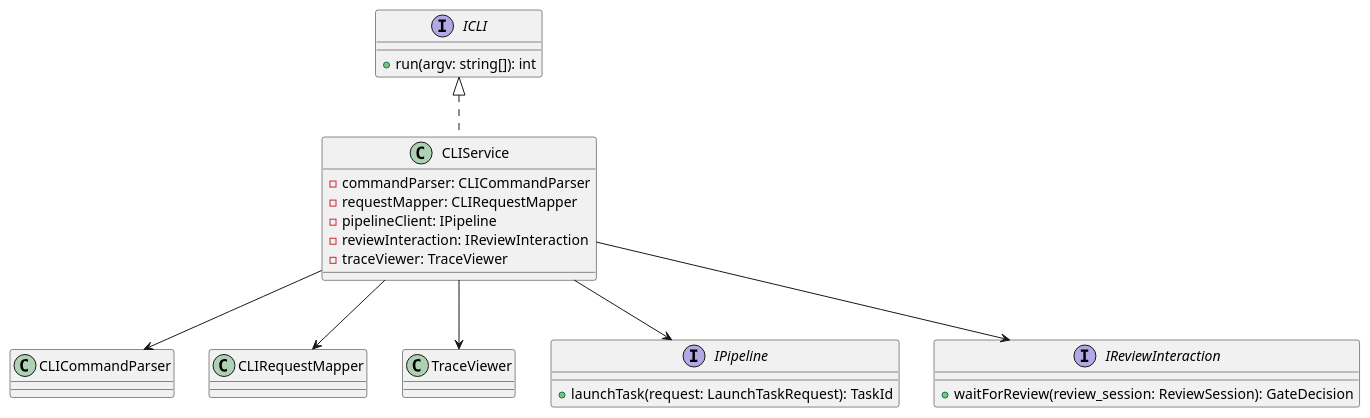
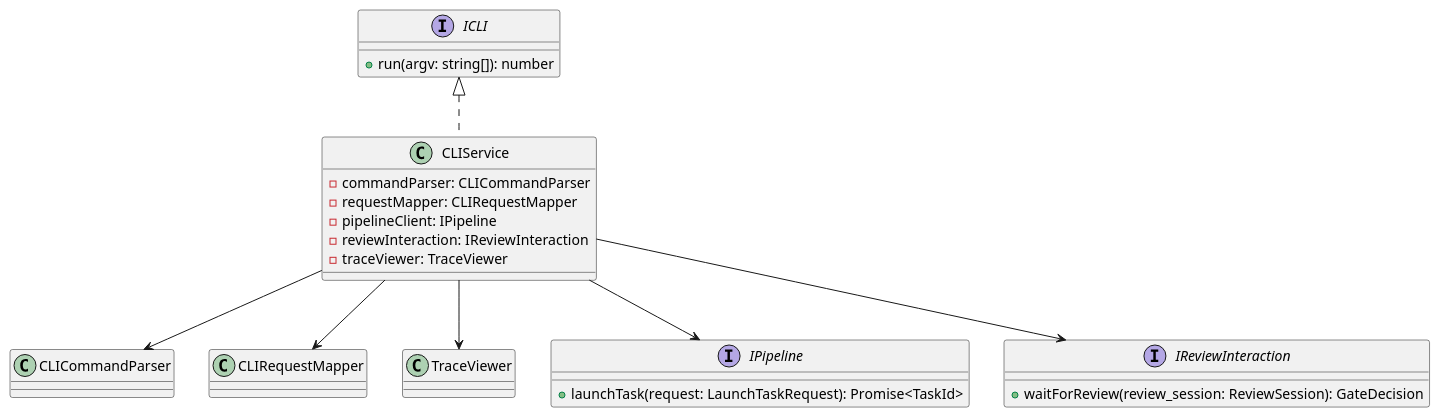
Before and after one commit to lucky-chen/ai_workflow_travel: the first of 2 diagrams in meta_layer/docs/design_docs/Interface/CLI.md, drawn with PlantUML. The commit also changed other lines of this file, not shown here.

````diff
--- a/meta_layer/docs/design_docs/Interface/CLI.md
+++ b/meta_layer/docs/design_docs/Interface/CLI.md
@@ -38,34 +38,34 @@
 ```plantuml
 @startuml
 interface ICLI {
-  +run(argv: string[]): int
+  +run(argv: string[]): number
 }
 
 class CLIService {
   -commandParser: CLICommandParser
   -requestMapper: CLIRequestMapper
   -pipelineClient: IPipeline
   -reviewInteraction: IReviewInteraction
   -traceViewer: TraceViewer
 }
 
 class CLICommandParser
 class CLIRequestMapper
 class TraceViewer
 
 interface IPipeline {
-  +launchTask(request: LaunchTaskRequest): TaskId
+  +launchTask(request: LaunchTaskRequest): Promise<TaskId>
 }
 
 interface IReviewInteraction {
   +waitForReview(review_session: ReviewSession): GateDecision
 }
 
 ICLI <|.. CLIService
 CLIService --> CLICommandParser
 CLIService --> CLIRequestMapper
 CLIService --> IPipeline
 CLIService --> IReviewInteraction
 CLIService --> TraceViewer
 @enduml
 ```
````
